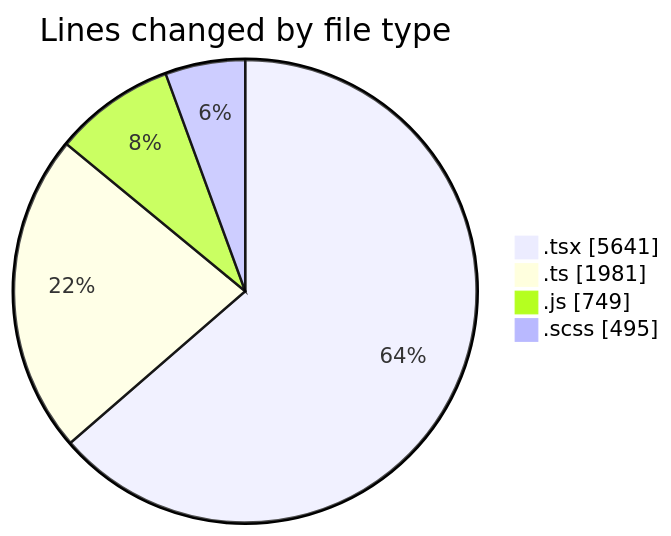
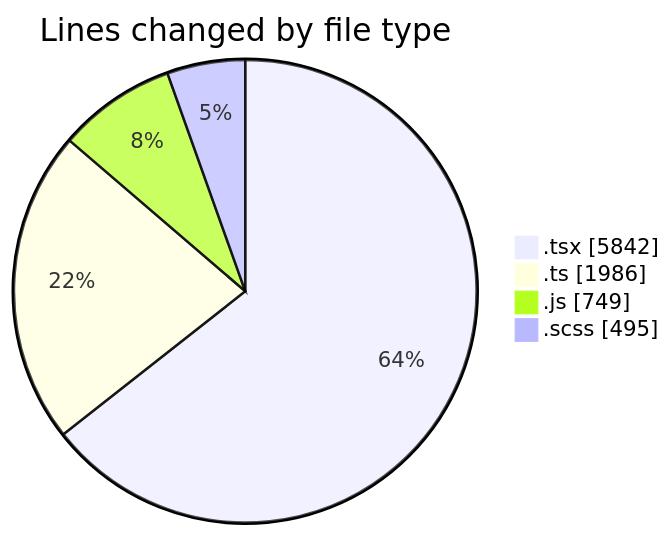
The first of 2 diagrams in 2026-06-10/cda/README.md (momahboobian/code-tracking), drawn with Mermaid before and after one commit. The commit also changed other lines of this file and 1 other file, not shown here.

````diff
--- a/2026-06-10/cda/README.md
+++ b/2026-06-10/cda/README.md
@@ -58,8 +58,8 @@
 ```mermaid
 pie showData
 title Lines changed by file type
-".tsx" : 5641
-".ts" : 1981
+".tsx" : 5842
+".ts" : 1986
 ".js" : 749
 ".scss" : 495
 ```
````
